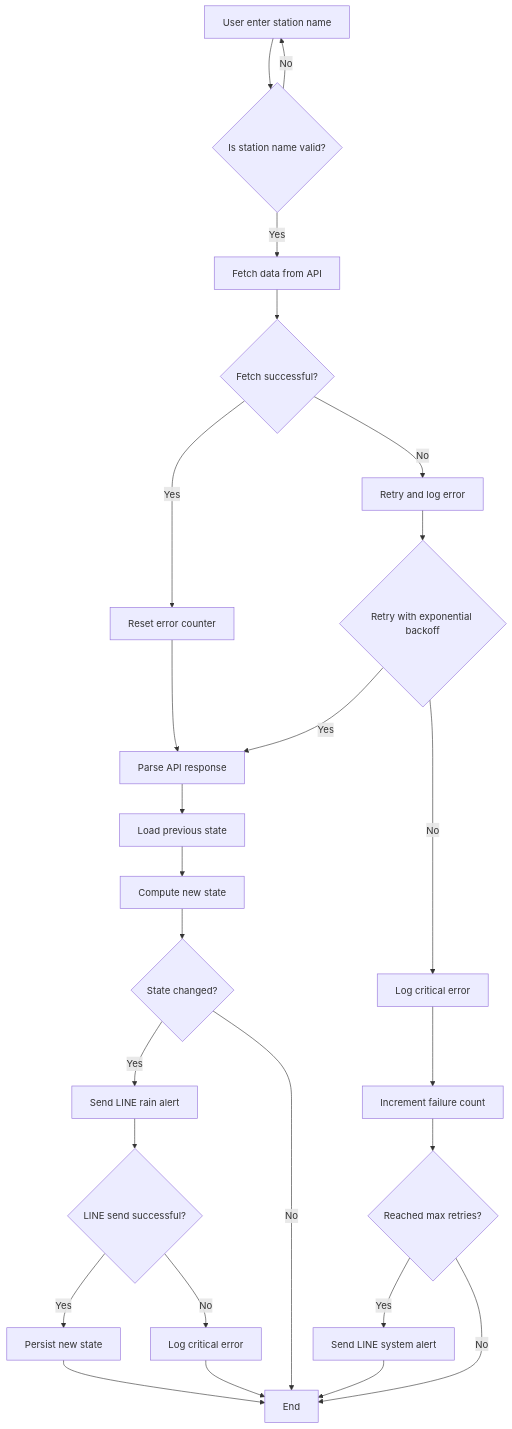
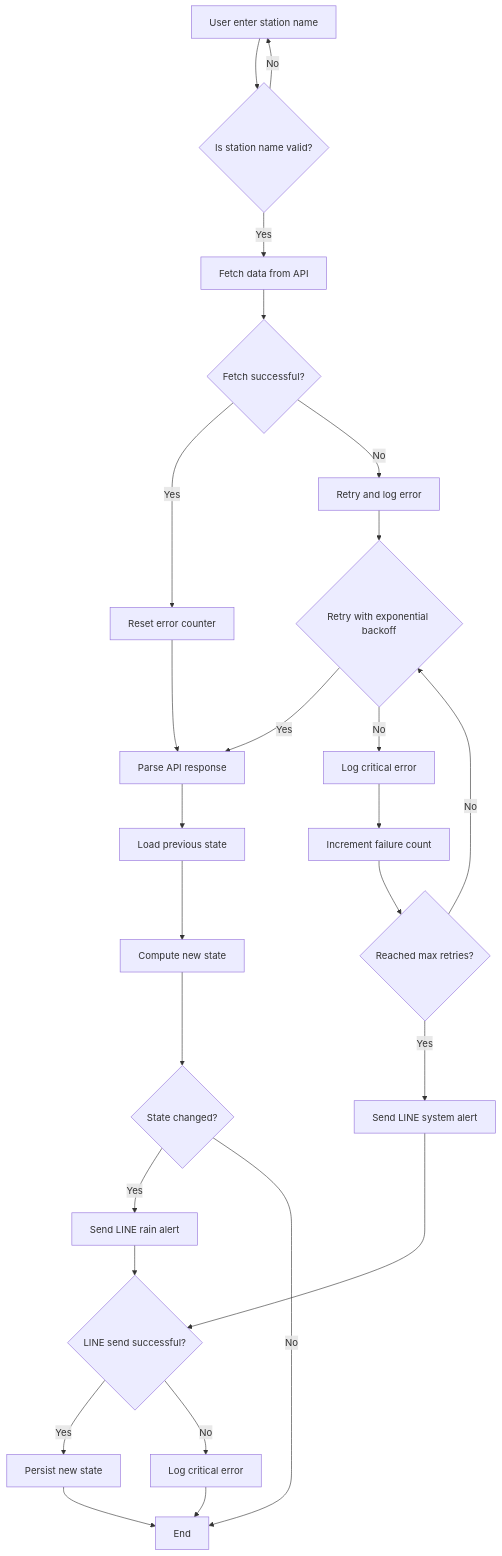
One commit to jameslatcc/weatherbot changed the diagram in README.md. Above: the diagram before and after it, drawn with Mermaid. The commit also changed other lines of this file, not shown here.

Commit message:
docs(weatherbot): refine retry logic and notification flow

````diff
--- a/README.md
+++ b/README.md
@@ -4,41 +4,41 @@
 ```mermaid
 graph TD
     A[User enter station name] --> B{Is station name valid?}
 
     B -- Yes --> C[Fetch data from API]
     B -- No --> A
 
     C --> D{Fetch successful?}
 
     D -- Yes --> E[Reset error counter]
     E --> F[Parse API response]
 
     D -- No --> G[Retry and log error]
     G --> H{Retry with exponential backoff}
 
     H -- Yes --> F
     H -- No --> I[Log critical error]
     I --> J[Increment failure count]
 
     J --> K{Reached max retries?}
     K -- Yes --> L[Send LINE system alert]
-    K -- No --> Z[End]
+    K -- No --> H
+
+    L --> Q{LINE send successful?}
 
     F --> M[Load previous state]
     M --> N[Compute new state]
 
     N --> O{State changed?}
 
     O -- Yes --> P[Send LINE rain alert]
-    O -- No --> Z
+    O -- No --> Z[End]
 
-    P --> Q{LINE send successful?}
+    P --> Q
 
     Q -- Yes --> R[Persist new state]
     Q -- No --> S[Log critical error]
 
     R --> Z
     S --> Z
-    L --> Z
-    
 ```
````
